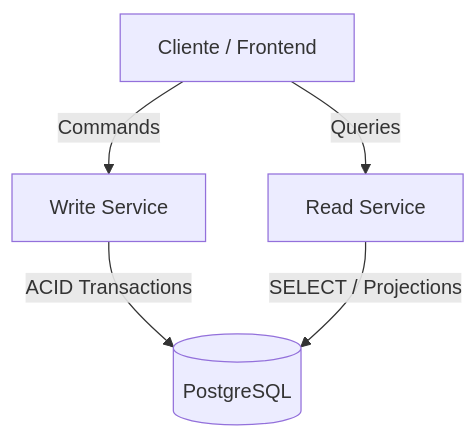
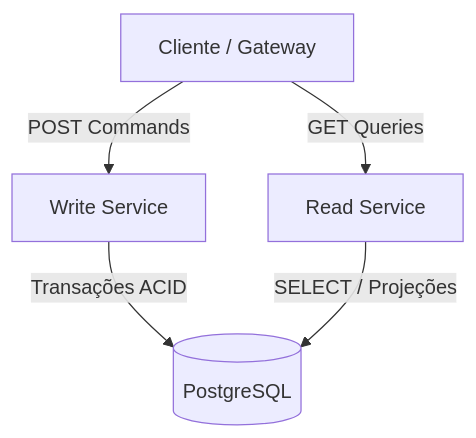
The diagram in docs/adr/003-cqrs-same-database-first.md (TiagoFerr/ecommerce-cqrs-cdc), drawn with Mermaid before and after one commit. The commit also changed other lines of this file and 4 other files, not shown here.

Commit message:
docs: humanize architectural decisions and project documentation based on real-world engineering trade-offs

````diff
--- a/docs/adr/003-cqrs-same-database-first.md
+++ b/docs/adr/003-cqrs-same-database-first.md
@@ -20,7 +20,7 @@
 ```mermaid
 graph TD
-    Client[Cliente / Frontend] -->|Commands| WS[Write Service]
-    Client -->|Queries| RS[Read Service]
-    WS -->|ACID Transactions| PG[(PostgreSQL)]
-    RS -->|SELECT / Projections| PG
+    Client[Cliente / Gateway] -->|POST Commands| WS[Write Service]
+    Client -->|GET Queries| RS[Read Service]
+    WS -->|Transações ACID| PG[(PostgreSQL)]
+    RS -->|SELECT / Projeções| PG
 ```
````
